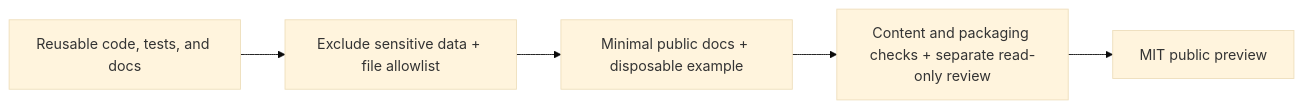
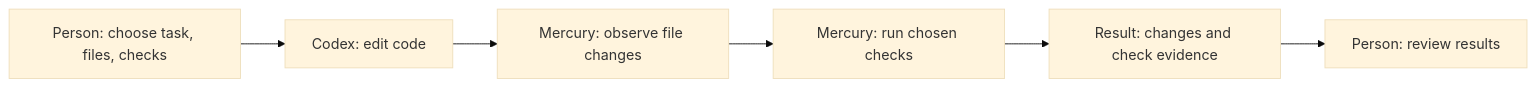
Before and after one commit to kssk3/Mercury: the diagram in README.en.md, drawn with Mermaid (base theme). The commit also changed other lines of this file and 1 other file, not shown here.

First line of the commit message:
docs: Explain Mercury through a concrete first-use story

````diff
--- a/README.en.md
+++ b/README.en.md
@@ -131,7 +32,8 @@
 ```mermaid
 flowchart LR
-    A["Reusable code, tests, and docs"] --> B["Exclude sensitive data + file allowlist"]
-    B --> C["Minimal public docs + disposable example"]
-    C --> D["Content and packaging checks + separate read-only review"]
-    D --> E["MIT public preview"]
+    A["Person: choose task, files, checks"] --> B["Codex: edit code"]
+    B --> C["Mercury: observe file changes"]
+    C --> D["Mercury: run chosen checks"]
+    D --> E["Result: changes and check evidence"]
+    E --> F["Person: review results"]
 ```
````
